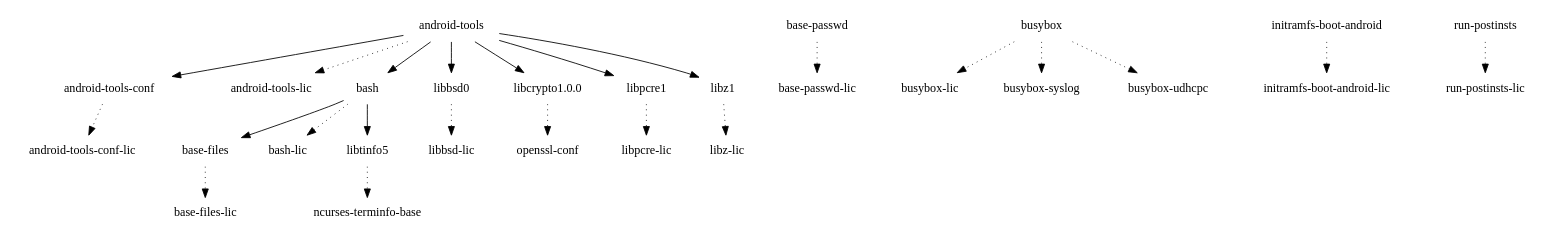
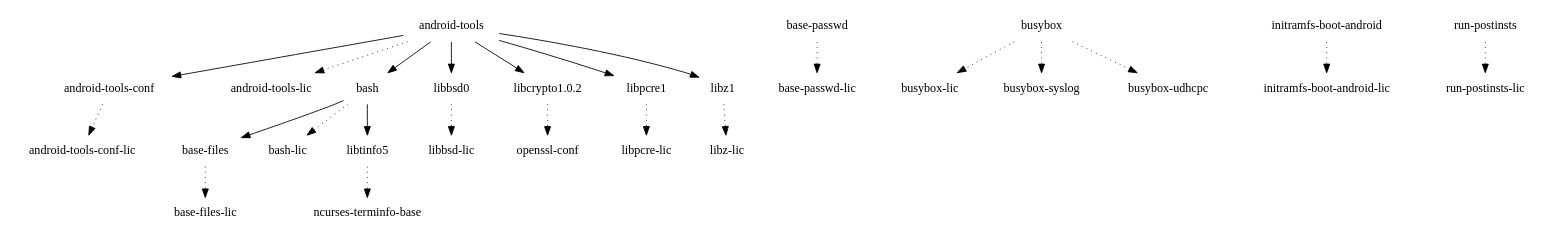
One commit to webOS-ports/buildhistory changed the diagram in images/mako/glibc/initramfs-android-image/depends-nokernel-nolibc-noupdate.dot. Above: the diagram before and after it, drawn with Graphviz. The commit also changed 69 other files, not shown here.

```diff
--- a/images/mako/glibc/initramfs-android-image/depends-nokernel-nolibc-noupdate.dot
+++ b/images/mako/glibc/initramfs-android-image/depends-nokernel-nolibc-noupdate.dot
@@ -1,26 +1,26 @@
 digraph depends {
     node [shape=plaintext]
-"android-tools" -> "android-tools-conf";
-"android-tools" -> "android-tools-lic" [style=dotted];
-"android-tools" -> "bash";
-"android-tools-conf" -> "android-tools-conf-lic" [style=dotted];
-"android-tools" -> "libbsd0";
-"android-tools" -> "libcrypto1.0.0";
-"android-tools" -> "libpcre1";
-"android-tools" -> "libz1";
-"base-files" -> "base-files-lic" [style=dotted];
-"base-passwd" -> "base-passwd-lic" [style=dotted];
-"bash" -> "base-files";
-"bash" -> "bash-lic" [style=dotted];
-"bash" -> "libtinfo5";
-"busybox" -> "busybox-lic" [style=dotted];
-"busybox" -> "busybox-syslog" [style=dotted];
-"busybox" -> "busybox-udhcpc" [style=dotted];
-"initramfs-boot-android" -> "initramfs-boot-android-lic" [style=dotted];
-"libbsd0" -> "libbsd-lic" [style=dotted];
-"libcrypto1.0.0" -> "openssl-conf" [style=dotted];
-"libpcre1" -> "libpcre-lic" [style=dotted];
-"libtinfo5" -> "ncurses-terminfo-base" [style=dotted];
-"libz1" -> "libz-lic" [style=dotted];
-"run-postinsts" -> "run-postinsts-lic" [style=dotted];
+"android-tools" -> "android-tools-conf"
+"android-tools" -> "android-tools-lic" [style=dotted]
+"android-tools" -> "bash"
+"android-tools-conf" -> "android-tools-conf-lic" [style=dotted]
+"android-tools" -> "libbsd0"
+"android-tools" -> "libcrypto1.0.2"
+"android-tools" -> "libpcre1"
+"android-tools" -> "libz1"
+"base-files" -> "base-files-lic" [style=dotted]
+"base-passwd" -> "base-passwd-lic" [style=dotted]
+"bash" -> "base-files"
+"bash" -> "bash-lic" [style=dotted]
+"bash" -> "libtinfo5"
+"busybox" -> "busybox-lic" [style=dotted]
+"busybox" -> "busybox-syslog" [style=dotted]
+"busybox" -> "busybox-udhcpc" [style=dotted]
+"initramfs-boot-android" -> "initramfs-boot-android-lic" [style=dotted]
+"libbsd0" -> "libbsd-lic" [style=dotted]
+"libcrypto1.0.2" -> "openssl-conf" [style=dotted]
+"libpcre1" -> "libpcre-lic" [style=dotted]
+"libtinfo5" -> "ncurses-terminfo-base" [style=dotted]
+"libz1" -> "libz-lic" [style=dotted]
+"run-postinsts" -> "run-postinsts-lic" [style=dotted]
 }
```
